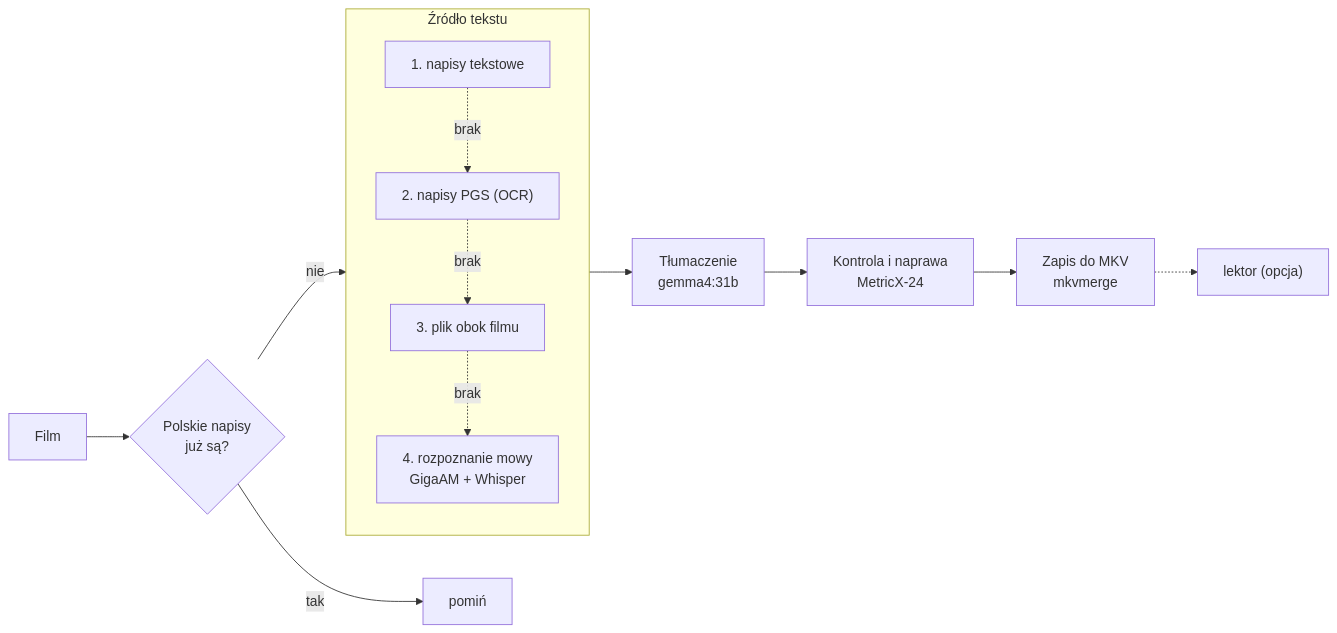
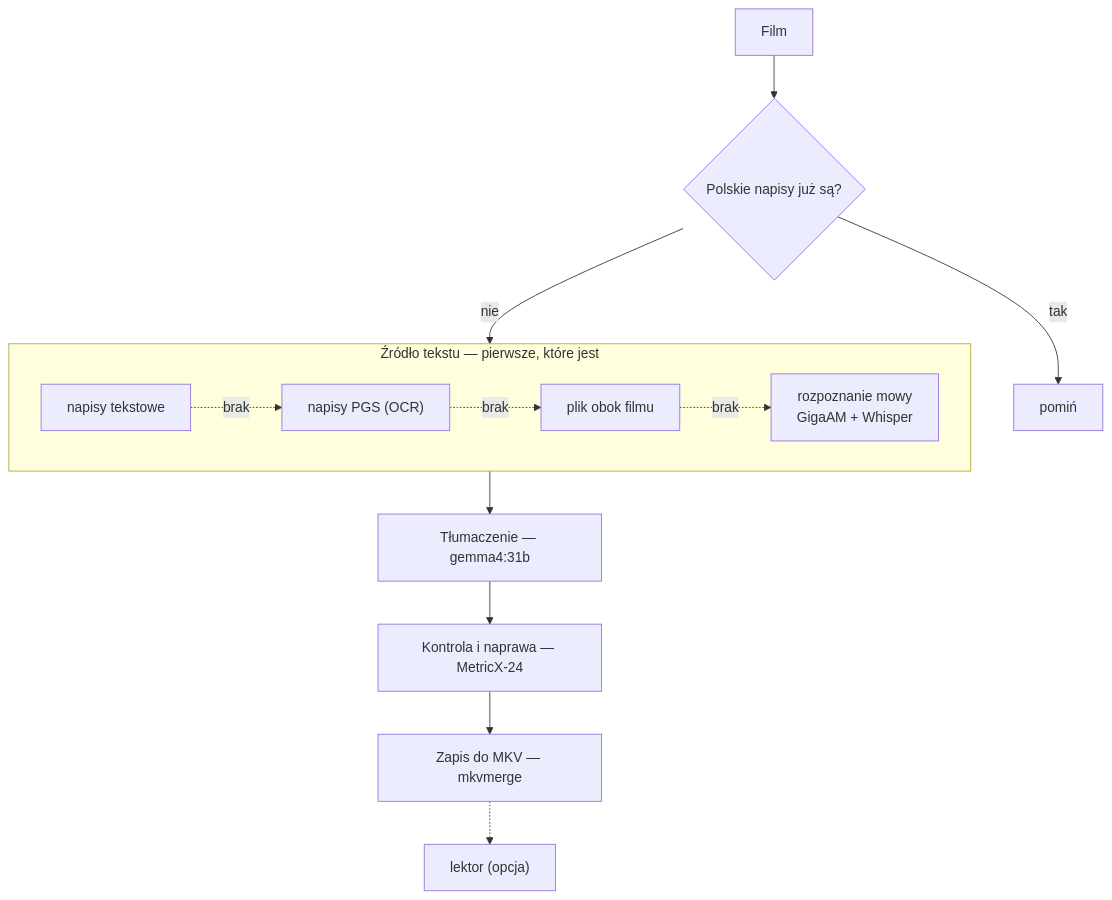
The diagram in README.md (gregmol123/mkv-translator), drawn with Mermaid before and after one commit. The commit also changed 1 other file, not shown here.

Commit message:
README: schemat pionowy, źródła tekstu w jednym rzędzie

````diff
--- a/README.md
+++ b/README.md
@@ -18,16 +18,14 @@
 ```mermaid
-flowchart LR
-    A["Film"] --> B{"Polskie napisy<br/>już są?"}
+flowchart TD
+    A["Film"] --> B{"Polskie napisy już są?"}
     B -- tak --> Z["pomiń"]
-    B -- nie --> S1
-    subgraph S["Źródło tekstu"]
-        direction TB
-        S1["1. napisy tekstowe"] -. brak .-> S2["2. napisy PGS (OCR)"]
-        S2 -. brak .-> S3["3. plik obok filmu"]
-        S3 -. brak .-> S4["4. rozpoznanie mowy<br/>GigaAM + Whisper"]
+    B -- nie --> S
+    subgraph S["Źródło tekstu — pierwsze, które jest"]
+        direction LR
+        S1["napisy tekstowe"] -. brak .-> S2["napisy PGS (OCR)"] -. brak .-> S3["plik obok filmu"] -. brak .-> S4["rozpoznanie mowy<br/>GigaAM + Whisper"]
     end
-    S --> T["Tłumaczenie<br/>gemma4:31b"]
-    T --> Q["Kontrola i naprawa<br/>MetricX-24"]
-    Q --> M["Zapis do MKV<br/>mkvmerge"]
+    S --> T["Tłumaczenie — gemma4:31b"]
+    T --> Q["Kontrola i naprawa — MetricX-24"]
+    Q --> M["Zapis do MKV — mkvmerge"]
     M -.-> L["lektor (opcja)"]
 ```
````
